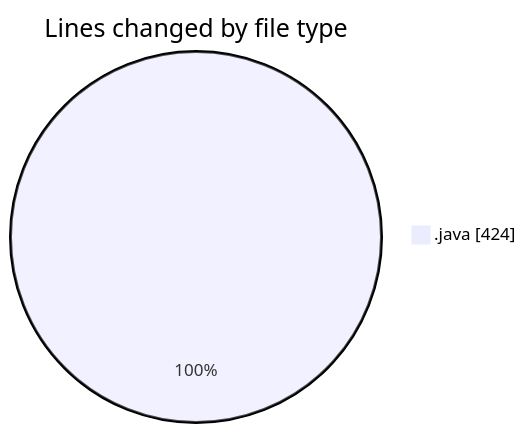
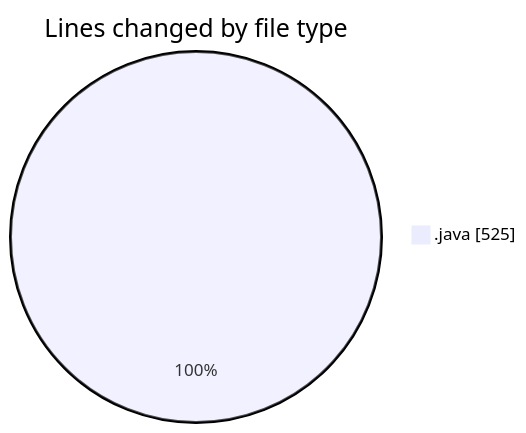
One commit to charlie-sans/code-tracking changed the first of 2 diagrams in 2025-02-24/konsole/README.md. Above: the diagram before and after it, drawn with Mermaid. The commit also changed other lines of this file and 1 other file, not shown here.

````diff
--- a/2025-02-24/konsole/README.md
+++ b/2025-02-24/konsole/README.md
@@ -20,5 +21,5 @@
 ```mermaid
 pie showData
 title Lines changed by file type
-".java" : 424
+".java" : 525
 ```
````
